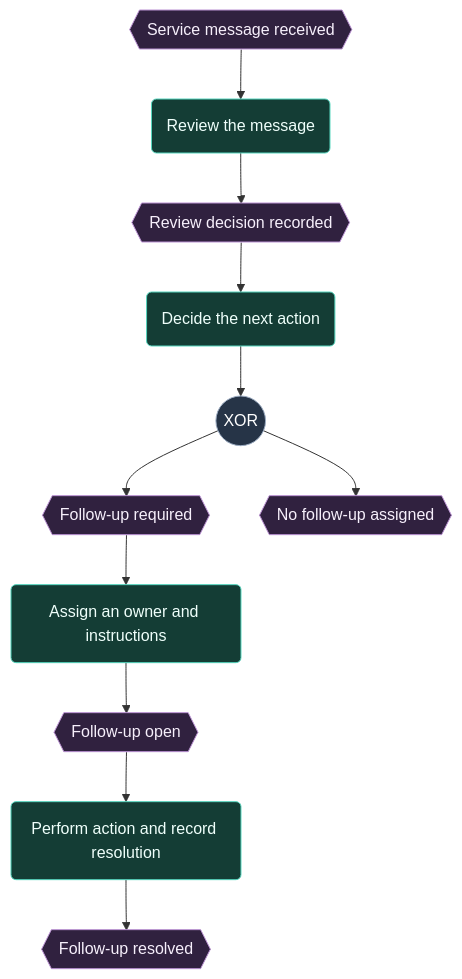
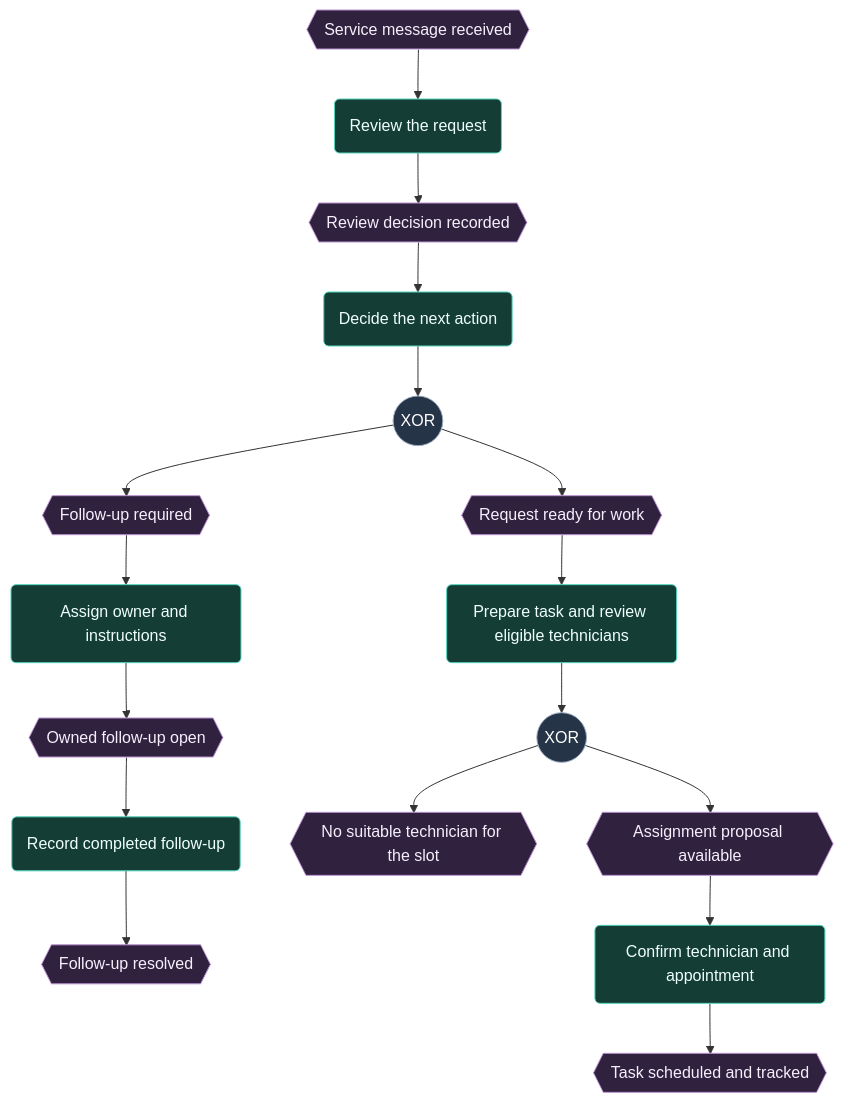
The diagram in README.md (enzosafadi/PRAXIS-Showcase), drawn with Mermaid before and after one commit. The commit also changed other lines of this file and 10 other files, not shown here.

````diff
--- a/README.md
+++ b/README.md
@@ -13,19 +89,25 @@
 ```mermaid
 flowchart TD
-    E1{{"Service message received"}} --> F1("Review the message")
+    E1{{"Service message received"}} --> F1("Review the request")
     F1 --> E2{{"Review decision recorded"}}
     E2 --> F2("Decide the next action")
     F2 --> X1((XOR))
     X1 --> E3{{"Follow-up required"}}
-    X1 --> E4{{"No follow-up assigned"}}
-    E3 --> F3("Assign an owner and instructions")
-    F3 --> E5{{"Follow-up open"}}
-    E5 --> F4("Perform action and record resolution")
+    X1 --> E4{{"Request ready for work"}}
+    E3 --> F3("Assign owner and instructions")
+    F3 --> E5{{"Owned follow-up open"}}
+    E5 --> F4("Record completed follow-up")
     F4 --> E6{{"Follow-up resolved"}}
+    E4 --> F5("Prepare task and review eligible technicians")
+    F5 --> X2((XOR))
+    X2 --> E7{{"No suitable technician for the slot"}}
+    X2 --> E8{{"Assignment proposal available"}}
+    E8 --> F6("Confirm technician and appointment")
+    F6 --> E9{{"Task scheduled and tracked"}}
     classDef event fill:#30213f,stroke:#bb92d3,color:#f6effb
     classDef task fill:#143d35,stroke:#55d6be,color:#effffb
     classDef gate fill:#263447,stroke:#9cacc2,color:#ffffff
-    class E1,E2,E3,E4,E5,E6 event
-    class F1,F2,F3,F4 task
-    class X1 gate
+    class E1,E2,E3,E4,E5,E6,E7,E8,E9 event
+    class F1,F2,F3,F4,F5,F6 task
+    class X1,X2 gate
 ```
````
